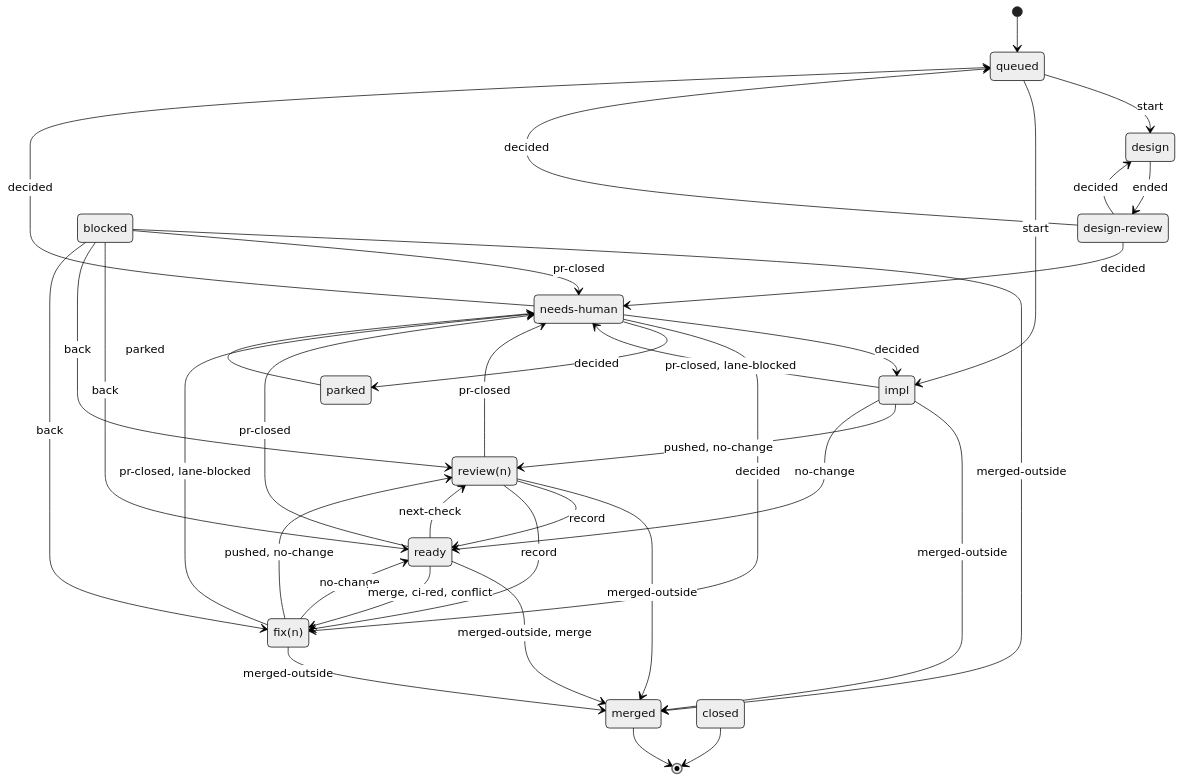
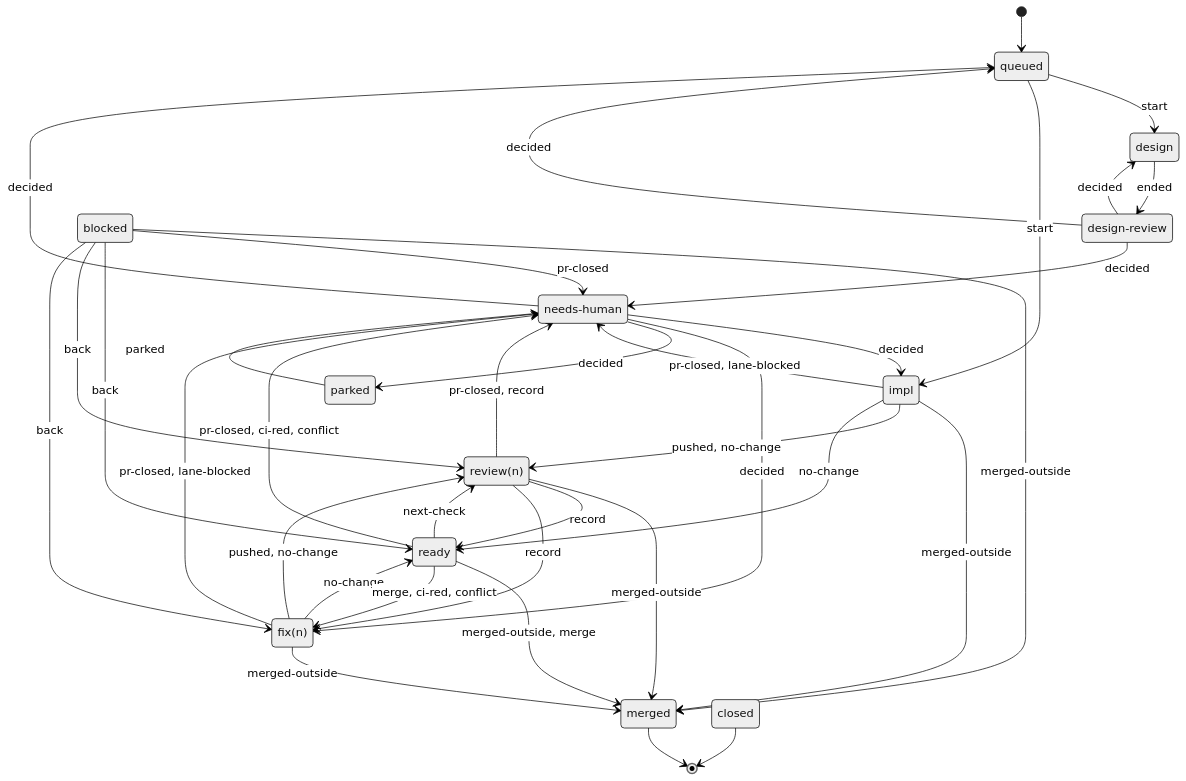
The first of 3 diagrams in docs/workflow.md (jirathip-dev/drover), drawn with Mermaid (neutral theme) before and after one commit. The commit also changed other lines of this file and 82 other files, not shown here.

````diff
--- a/docs/workflow.md
+++ b/docs/workflow.md
@@ -8,50 +8,50 @@
 ```mermaid
 stateDiagram-v2
     [*] --> queued
     state "queued" as queued
     state "design" as design
     state "design-review" as design_review
     state "impl" as impl
     state "review(n)" as review
     state "fix(n)" as fix
     state "ready" as ready
     state "blocked" as blocked
     state "needs-human" as needs_human
     state "parked" as parked
     state "merged" as merged
     state "closed" as closed
     queued --> design : start
     queued --> impl : start
     design --> design_review : ended
     design_review --> queued : decided
     design_review --> design : decided
     design_review --> needs_human : decided
     impl --> merged : merged-outside
     impl --> needs_human : pr-closed, lane-blocked
     impl --> review : pushed, no-change
     impl --> ready : no-change
     review --> merged : merged-outside
-    review --> needs_human : pr-closed
+    review --> needs_human : pr-closed, record
     review --> ready : record
     review --> fix : record
     fix --> merged : merged-outside
     fix --> needs_human : pr-closed, lane-blocked
     fix --> review : pushed, no-change
     fix --> ready : no-change
     ready --> merged : merged-outside, merge
-    ready --> needs_human : pr-closed
+    ready --> needs_human : pr-closed, ci-red, conflict
     ready --> review : next-check
     ready --> fix : merge, ci-red, conflict
     blocked --> merged : merged-outside
     blocked --> needs_human : pr-closed
     blocked --> ready : back
     blocked --> review : back
     blocked --> fix : back
     needs_human --> queued : decided
     needs_human --> impl : decided
     needs_human --> fix : decided
     needs_human --> parked : decided
     parked --> needs_human : parked
     merged --> [*]
     closed --> [*]
 ```
````
